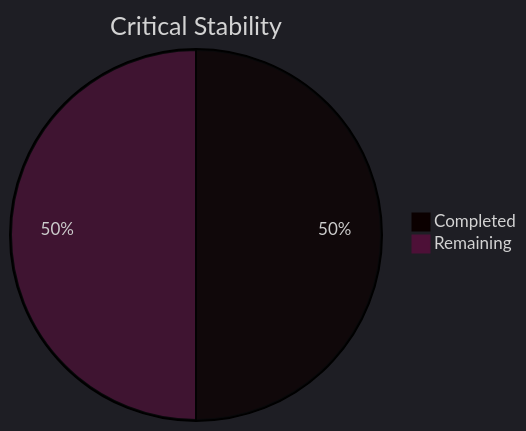
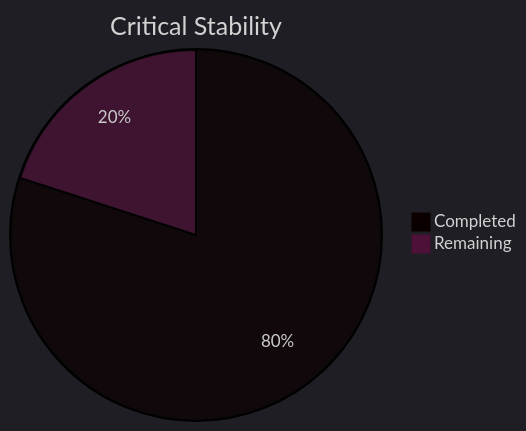
One commit to Neogleamz/SK8Lytz changed the second of 6 diagrams in tools/SK8Lytz_Bucket_List.md. Above: the diagram before and after it, drawn with Mermaid. The commit also changed other lines of this file and 2 other files, not shown here.

````diff
--- a/tools/SK8Lytz_Bucket_List.md
+++ b/tools/SK8Lytz_Bucket_List.md
@@ -22,6 +22,6 @@
 ```mermaid
 %%{init: {'theme': 'dark'}}%%
 pie title Critical Stability
   "Completed" : 4
-  "Remaining" : 4
+  "Remaining" : 1
 ```
````
